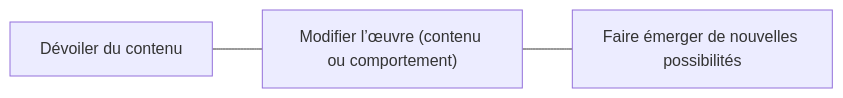
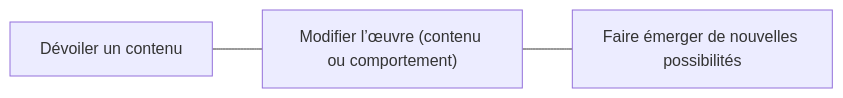
The diagram in creation/interactivite/continuum/README.md (thomasfredericks/aide), drawn with Mermaid before and after one commit. The commit also changed other lines of this file, not shown here.

````diff
--- a/creation/interactivite/continuum/README.md
+++ b/creation/interactivite/continuum/README.md
@@ -10,8 +10,8 @@
 ```mermaid
 flowchart LR
-    A["Dévoiler du contenu"]
+    A["Dévoiler un contenu"]
     B["Modifier l’œuvre (contenu ou comportement)"]
     C["Faire émerger de nouvelles possibilités"]
 
     A --- B --- C
 ```
````
